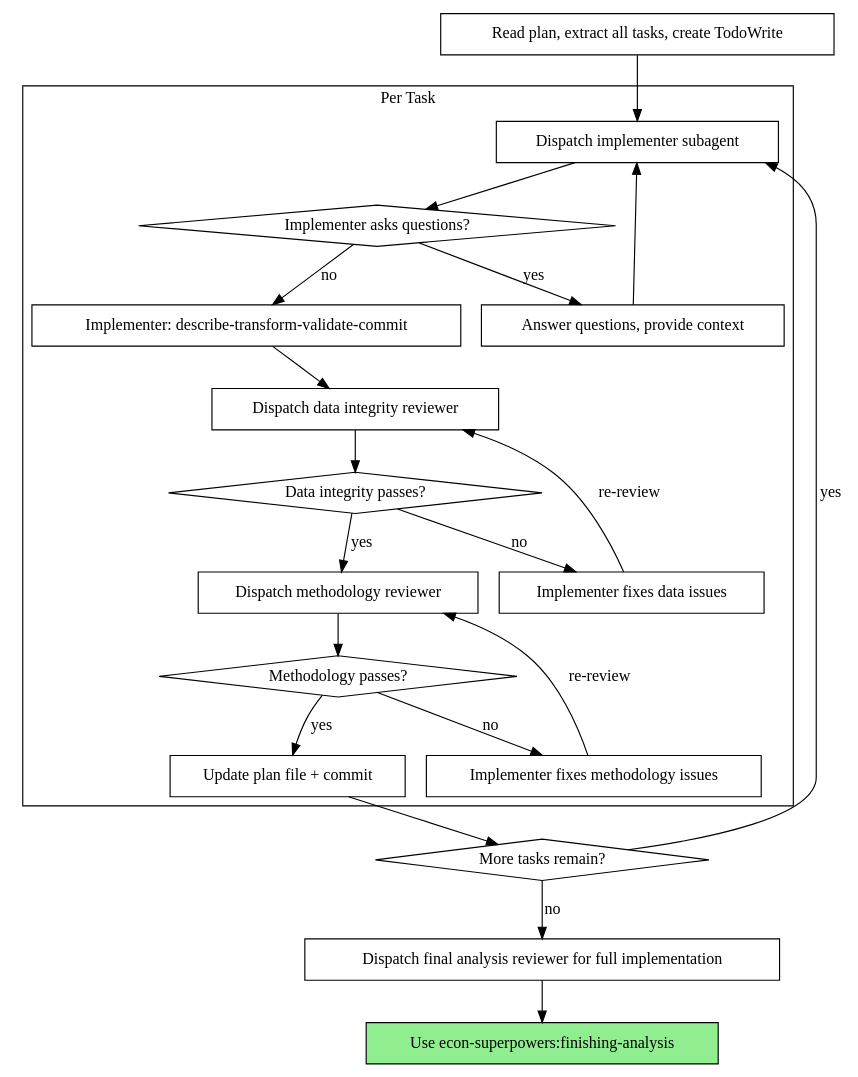
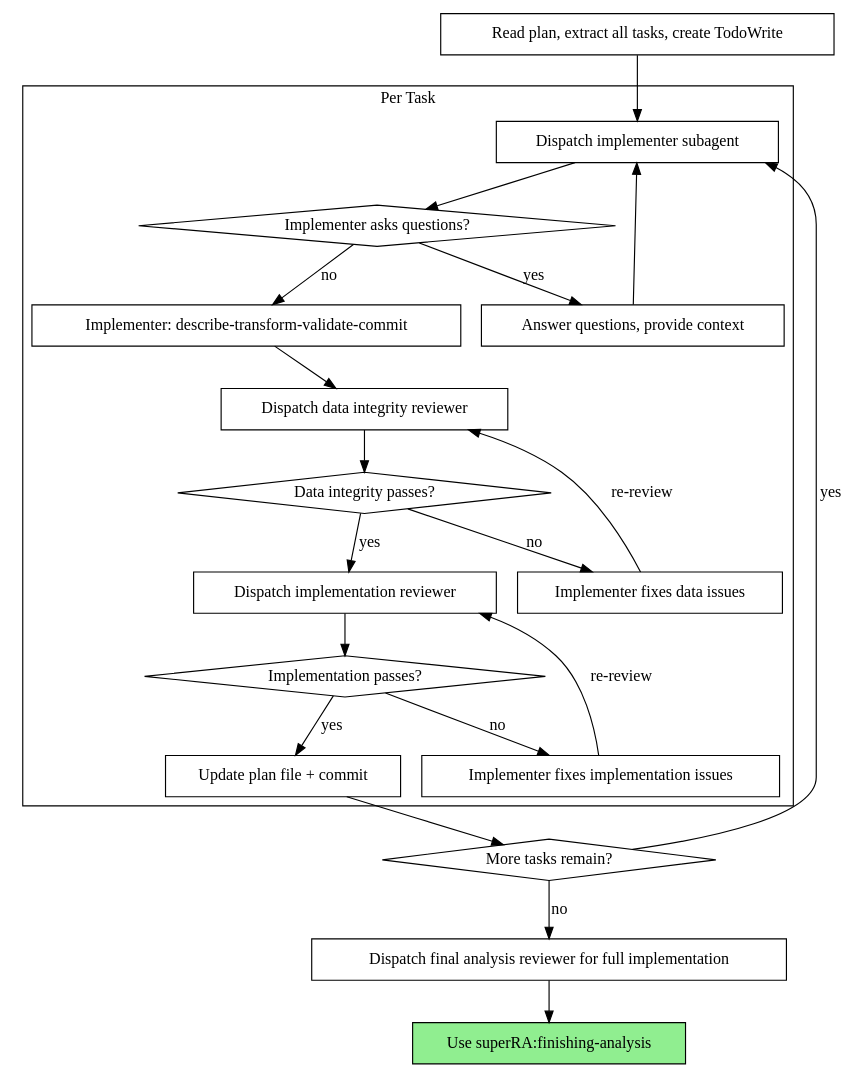
Before and after one commit to FuZhiyu/superRA: the second of 2 diagrams in skills/subagent-driven-analysis/SKILL.md, drawn with Graphviz. The commit also changed other lines of this file and 24 other files, not shown here.

````diff
--- a/skills/subagent-driven-analysis/SKILL.md
+++ b/skills/subagent-driven-analysis/SKILL.md
@@ -39,44 +39,44 @@
 ```dot
 digraph process {
     rankdir=TB;
 
     subgraph cluster_per_task {
         label="Per Task";
         "Dispatch implementer subagent" [shape=box];
         "Implementer asks questions?" [shape=diamond];
         "Answer questions, provide context" [shape=box];
         "Implementer: describe-transform-validate-commit" [shape=box];
         "Dispatch data integrity reviewer" [shape=box];
         "Data integrity passes?" [shape=diamond];
         "Implementer fixes data issues" [shape=box];
-        "Dispatch methodology reviewer" [shape=box];
-        "Methodology passes?" [shape=diamond];
-        "Implementer fixes methodology issues" [shape=box];
+        "Dispatch implementation reviewer" [shape=box];
+        "Implementation passes?" [shape=diamond];
+        "Implementer fixes implementation issues" [shape=box];
         "Update plan file + commit" [shape=box];
     }
 
     "Read plan, extract all tasks, create TodoWrite" [shape=box];
     "More tasks remain?" [shape=diamond];
     "Dispatch final analysis reviewer for full implementation" [shape=box];
-    "Use econ-superpowers:finishing-analysis" [shape=box style=filled fillcolor=lightgreen];
+    "Use superRA:finishing-analysis" [shape=box style=filled fillcolor=lightgreen];
 
     "Read plan, extract all tasks, create TodoWrite" -> "Dispatch implementer subagent";
     "Dispatch implementer subagent" -> "Implementer asks questions?";
     "Implementer asks questions?" -> "Answer questions, provide context" [label="yes"];
     "Answer questions, provide context" -> "Dispatch implementer subagent";
     "Implementer asks questions?" -> "Implementer: describe-transform-validate-commit" [label="no"];
     "Implementer: describe-transform-validate-commit" -> "Dispatch data integrity reviewer";
     "Dispatch data integrity reviewer" -> "Data integrity passes?";
     "Data integrity passes?" -> "Implementer fixes data issues" [label="no"];
     "Implementer fixes data issues" -> "Dispatch data integrity reviewer" [label="re-review"];
-    "Data integrity passes?" -> "Dispatch methodology reviewer" [label="yes"];
-    "Dispatch methodology reviewer" -> "Methodology passes?";
-    "Methodology passes?" -> "Implementer fixes methodology issues" [label="no"];
-    "Implementer fixes methodology issues" -> "Dispatch methodology reviewer" [label="re-review"];
-    "Methodology passes?" -> "Update plan file + commit" [label="yes"];
+    "Data integrity passes?" -> "Dispatch implementation reviewer" [label="yes"];
+    "Dispatch implementation reviewer" -> "Implementation passes?";
+    "Implementation passes?" -> "Implementer fixes implementation issues" [label="no"];
+    "Implementer fixes implementation issues" -> "Dispatch implementation reviewer" [label="re-review"];
+    "Implementation passes?" -> "Update plan file + commit" [label="yes"];
     "Update plan file + commit" -> "More tasks remain?";
     "More tasks remain?" -> "Dispatch implementer subagent" [label="yes"];
     "More tasks remain?" -> "Dispatch final analysis reviewer for full implementation" [label="no"];
-    "Dispatch final analysis reviewer for full implementation" -> "Use econ-superpowers:finishing-analysis";
+    "Dispatch final analysis reviewer for full implementation" -> "Use superRA:finishing-analysis";
 }
 ```
````
